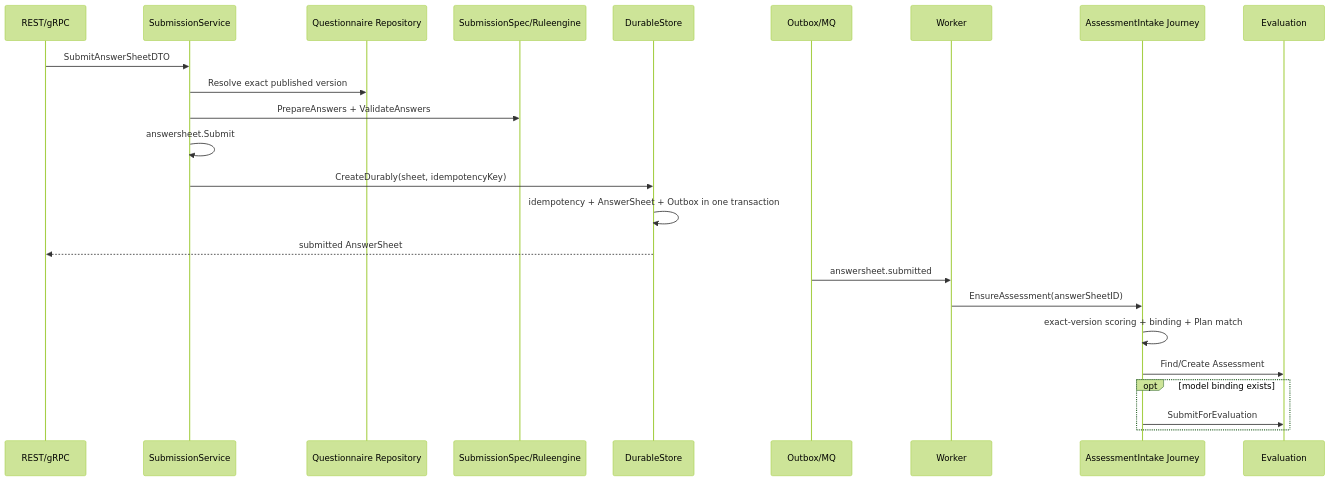
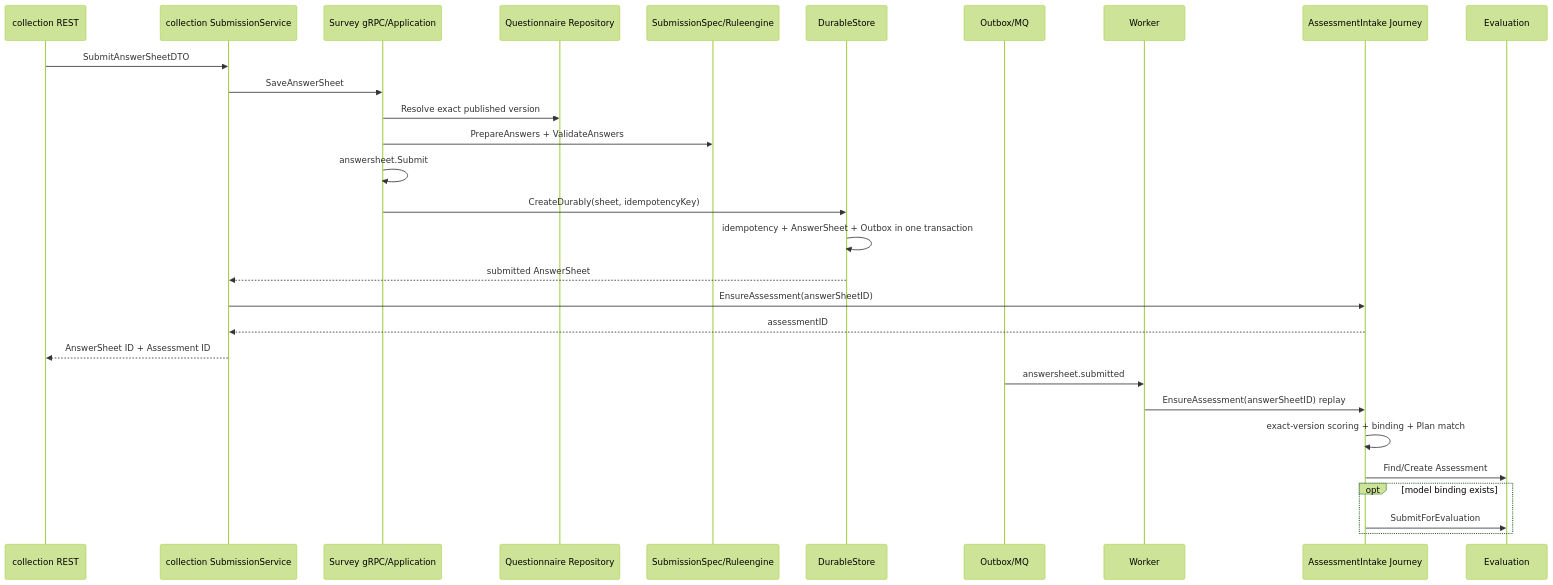
Before and after one commit to FangcunMount/qs-server: the diagram in docs/02-业务模块/10-survey/31-关键链路-答卷提交校验与测评驱动.md, drawn with Mermaid (forest theme). The commit also changed other lines of this file and 3 other files, not shown here.

````diff
--- a/docs/02-业务模块/10-survey/31-关键链路-答卷提交校验与测评驱动.md
+++ b/docs/02-业务模块/10-survey/31-关键链路-答卷提交校验与测评驱动.md
@@ -25,27 +25,32 @@
 ```mermaid
 sequenceDiagram
-    participant T as REST/gRPC
-    participant S as SubmissionService
+    participant T as collection REST
+    participant C as collection SubmissionService
+    participant S as Survey gRPC/Application
     participant Q as Questionnaire Repository
     participant V as SubmissionSpec/Ruleengine
     participant D as DurableStore
     participant O as Outbox/MQ
     participant W as Worker
     participant J as AssessmentIntake Journey
     participant E as Evaluation
 
-    T->>S: SubmitAnswerSheetDTO
+    T->>C: SubmitAnswerSheetDTO
+    C->>S: SaveAnswerSheet
     S->>Q: Resolve exact published version
     S->>V: PrepareAnswers + ValidateAnswers
     S->>S: answersheet.Submit
     S->>D: CreateDurably(sheet, idempotencyKey)
     D->>D: idempotency + AnswerSheet + Outbox in one transaction
-    D-->>T: submitted AnswerSheet
+    D-->>C: submitted AnswerSheet
+    C->>J: EnsureAssessment(answerSheetID)
+    J-->>C: assessmentID
+    C-->>T: AnswerSheet ID + Assessment ID
     O->>W: answersheet.submitted
-    W->>J: EnsureAssessment(answerSheetID)
+    W->>J: EnsureAssessment(answerSheetID) replay
     J->>J: exact-version scoring + binding + Plan match
     J->>E: Find/Create Assessment
     opt model binding exists
         J->>E: SubmitForEvaluation
     end
 ```
````
